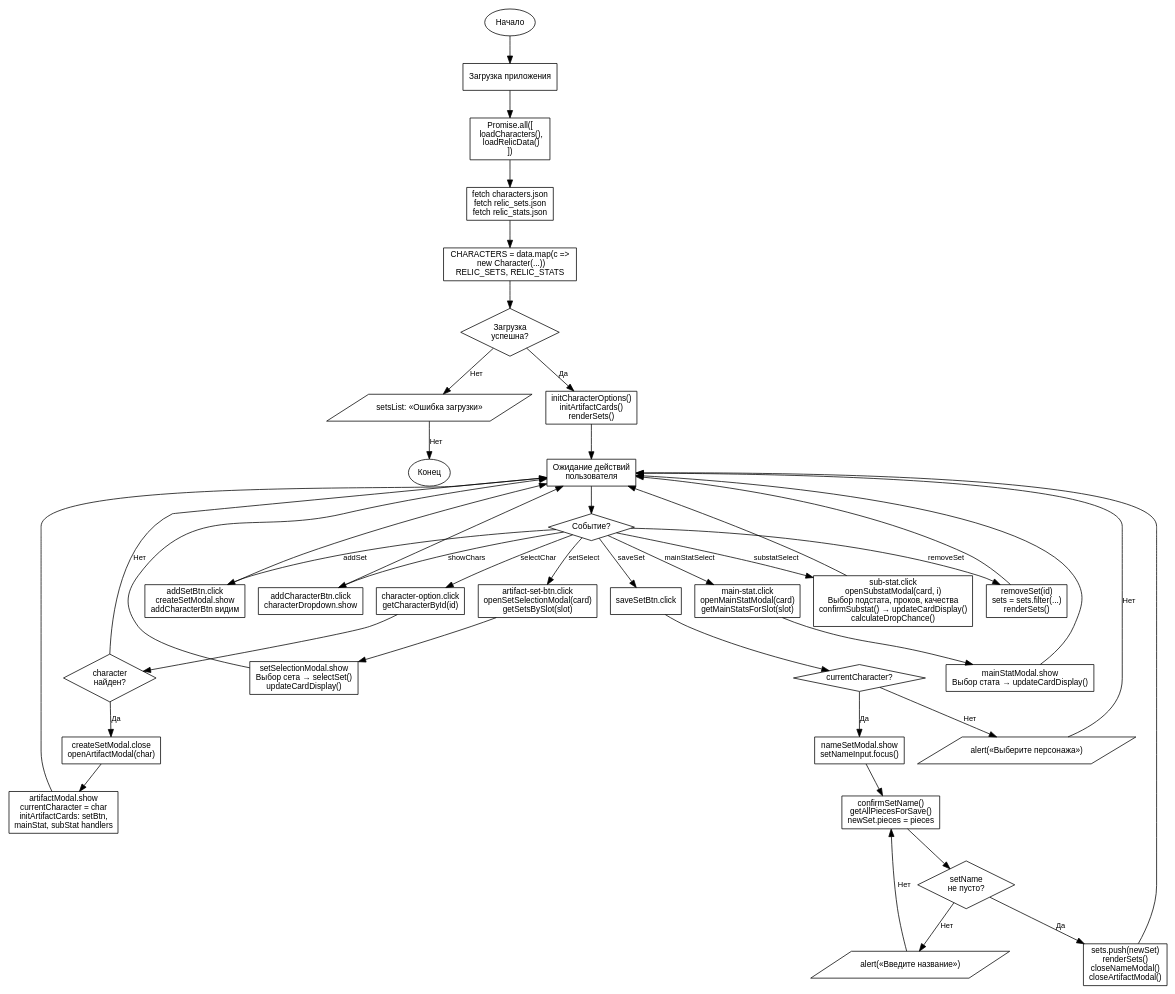
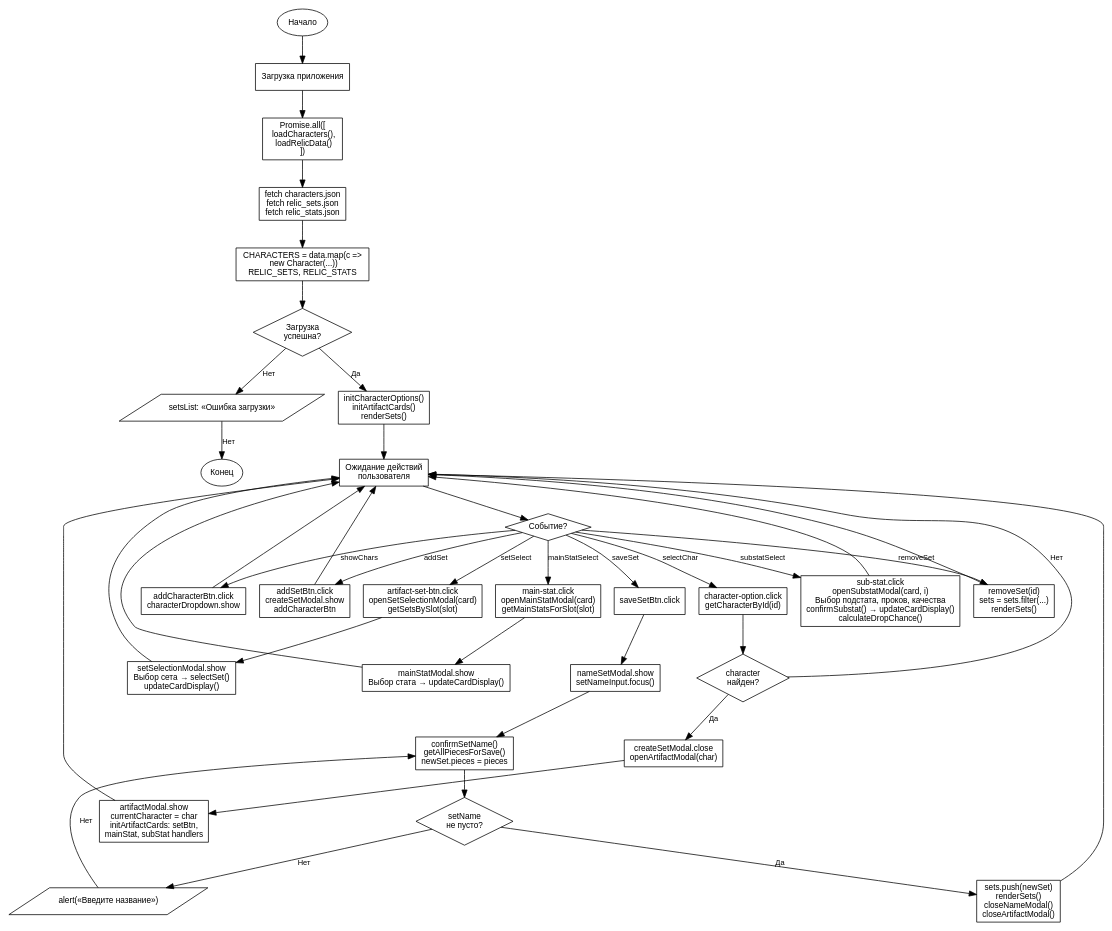
One commit to twensevts/constructor_hsr changed the diagram in docs/software_flow.dot. Above: the diagram before and after it, drawn with Graphviz. The commit also changed 6 other files, not shown here.

```diff
--- a/docs/software_flow.dot
+++ b/docs/software_flow.dot
@@ -1,77 +1,73 @@
 digraph SoftwareFlow {
     rankdir=TB;
     node [fontname="Arial", fontsize=11];
     edge [fontname="Arial", fontsize=10];
 
     start [label="Начало", shape=ellipse];
     end [label="Конец", shape=ellipse];
 
     p1 [label="Загрузка приложения", shape=box];
     p2 [label="Promise.all([\n  loadCharacters(),\n  loadRelicData()\n])", shape=box];
     p2a [label="fetch characters.json\nfetch relic_sets.json\nfetch relic_stats.json", shape=box];
     p3 [label="CHARACTERS = data.map(c =>\n  new Character(...))\nRELIC_SETS, RELIC_STATS", shape=box];
     d1 [label="Загрузка\nуспешна?", shape=diamond];
     p4 [label="setsList: «Ошибка загрузки»", shape=parallelogram];
     p5 [label="initCharacterOptions()\ninitArtifactCards()\nrenderSets()", shape=box];
     p6 [label="Ожидание действий\nпользователя", shape=box];
     d2 [label="Событие?", shape=diamond];
 
-    p8 [label="addSetBtn.click\ncreateSetModal.show\naddCharacterBtn видим", shape=box];
+    p8 [label="addSetBtn.click\ncreateSetModal.show\naddCharacterBtn", shape=box];
     p9 [label="addCharacterBtn.click\ncharacterDropdown.show", shape=box];
     p10 [label="character-option.click\ngetCharacterById(id)", shape=box];
     d3 [label="character\nнайден?", shape=diamond];
     p11 [label="createSetModal.close\nopenArtifactModal(char)", shape=box];
     p12 [label="artifactModal.show\ncurrentCharacter = char\ninitArtifactCards: setBtn,\nmainStat, subStat handlers", shape=box];
 
     p13 [label="artifact-set-btn.click\nopenSetSelectionModal(card)\ngetSetsBySlot(slot)", shape=box];
     p14 [label="setSelectionModal.show\nВыбор сета → selectSet()\nupdateCardDisplay()", shape=box];
     p15 [label="main-stat.click\nopenMainStatModal(card)\ngetMainStatsForSlot(slot)", shape=box];
     p16 [label="mainStatModal.show\nВыбор стата → updateCardDisplay()", shape=box];
     p17 [label="sub-stat.click\nopenSubstatModal(card, i)\nВыбор подстата, проков, качества\nconfirmSubstat() → updateCardDisplay()\ncalculateDropChance()", shape=box];
 
     p18 [label="saveSetBtn.click", shape=box];
-    d4 [label="currentCharacter?", shape=diamond];
-    p19 [label="alert(«Выберите персонажа»)", shape=parallelogram];
     p20 [label="nameSetModal.show\nsetNameInput.focus()", shape=box];
     p21 [label="confirmSetName()\ngetAllPiecesForSave()\nnewSet.pieces = pieces", shape=box];
     d5 [label="setName\nне пусто?", shape=diamond];
     p22 [label="alert(«Введите название»)", shape=parallelogram];
     p23 [label="sets.push(newSet)\nrenderSets()\ncloseNameModal()\ncloseArtifactModal()", shape=box];
 
     p24 [label="removeSet(id)\nsets = sets.filter(...)\nrenderSets()", shape=box];
 
     start -> p1 -> p2 -> p2a -> p3 -> d1;
     d1 -> p4 -> end [label="Нет"];
     d1 -> p5 [label="Да"];
     p5 -> p6 -> d2;
 
     d2 -> p8 [label="addSet"];
     d2 -> p9 [label="showChars"];
     d2 -> p10 [label="selectChar"];
     d2 -> p13 [label="setSelect"];
     d2 -> p15 [label="mainStatSelect"];
     d2 -> p17 [label="substatSelect"];
     d2 -> p18 [label="saveSet"];
     d2 -> p24 [label="removeSet"];
 
     p8 -> p6;
     p9 -> p6;
     p10 -> d3;
     d3 -> p6 [label="Нет"];
     d3 -> p11 [label="Да"];
     p11 -> p12 -> p6;
 
     p13 -> p14 -> p6;
     p15 -> p16 -> p6;
     p17 -> p6;
 
-    p18 -> d4;
-    d4 -> p19 -> p6 [label="Нет"];
-    d4 -> p20 [label="Да"];
+    p18 -> p20;
     p20 -> p21 -> d5;
     d5 -> p22 -> p21 [label="Нет"];
     d5 -> p23 [label="Да"];
     p23 -> p6;
 
     p24 -> p6;
 }
```
